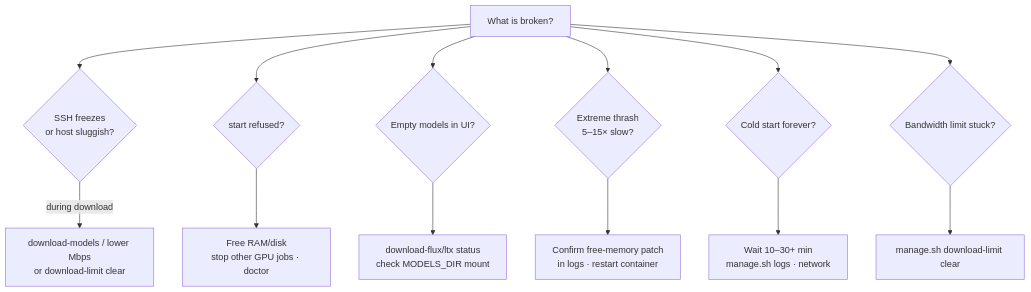
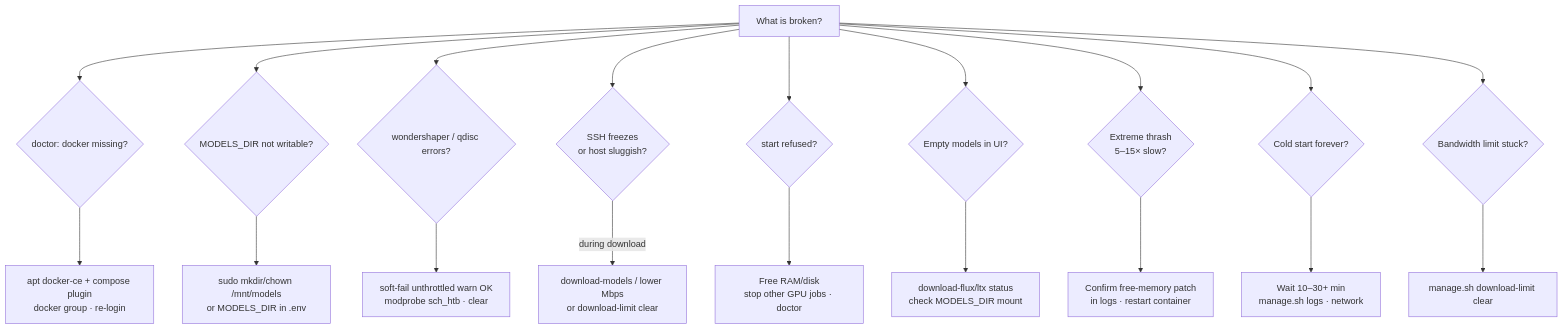
One commit to toxicoder/ez-comfy-stack changed the first of 3 diagrams in docs/troubleshooting.md. Above: the diagram before and after it, drawn with Mermaid. The commit also changed other lines of this file and 14 other files, not shown here.

````diff
--- a/docs/troubleshooting.md
+++ b/docs/troubleshooting.md
@@ -32,17 +35,23 @@
 ```mermaid
 flowchart TB
   Q["What is broken?"]
+  Q --> Docker{"doctor: docker missing?"}
+  Q --> Models{"MODELS_DIR not writable?"}
+  Q --> Qdisc{"wondershaper / qdisc errors?"}
   Q --> SSH{"SSH freezes<br/>or host sluggish?"}
   Q --> Start{"start refused?"}
   Q --> Empty{"Empty models in UI?"}
   Q --> Slow{"Extreme thrash<br/>5–15× slow?"}
   Q --> Cold{"Cold start forever?"}
   Q --> Limit{"Bandwidth limit stuck?"}
 
+  Docker --> A0["apt docker-ce + compose plugin<br/>docker group · re-login"]
+  Models --> A0b["sudo mkdir/chown /mnt/models<br/>or MODELS_DIR in .env"]
+  Qdisc --> A0c["soft-fail unthrottled warn OK<br/>modprobe sch_htb · clear"]
   SSH -->|during download| A1["download-models / lower Mbps<br/>or download-limit clear"]
   Start --> A2["Free RAM/disk<br/>stop other GPU jobs · doctor"]
   Empty --> A3["download-flux/ltx status<br/>check MODELS_DIR mount"]
   Slow --> A4["Confirm free-memory patch<br/>in logs · restart container"]
   Cold --> A5["Wait 10–30+ min<br/>manage.sh logs · network"]
   Limit --> A6["manage.sh download-limit clear"]
 ```
````
